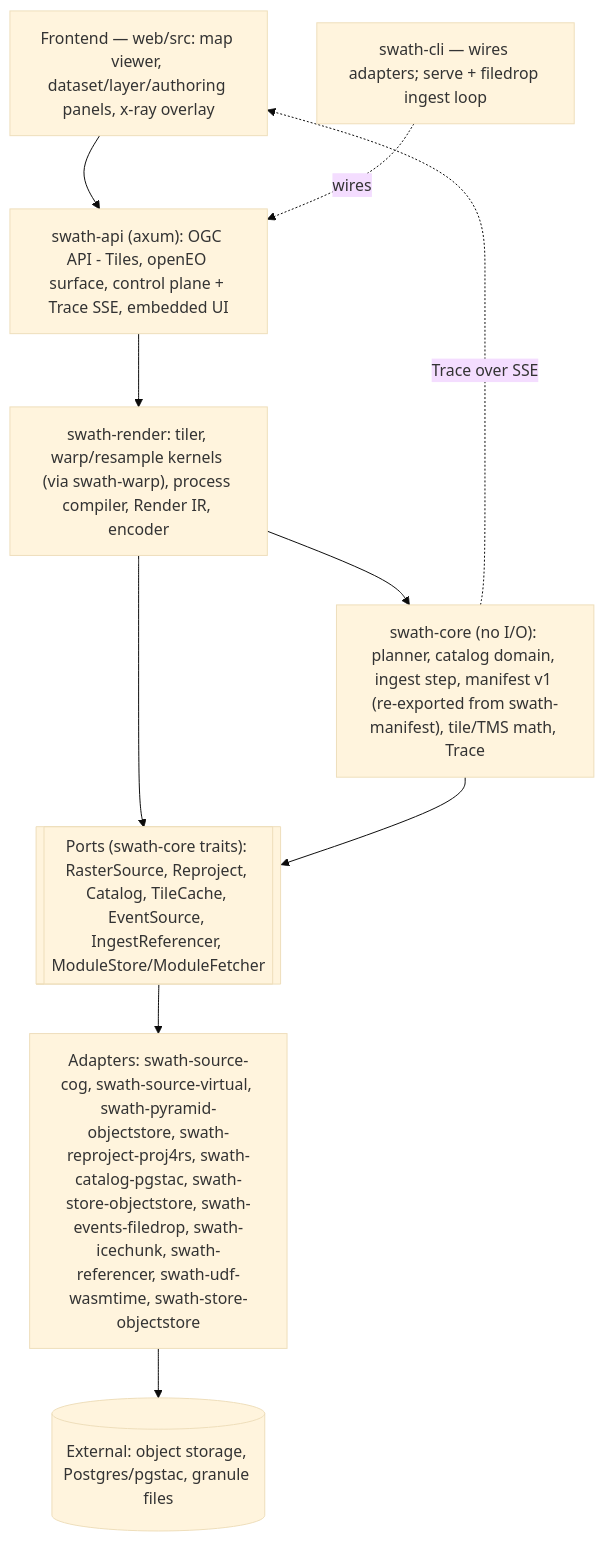
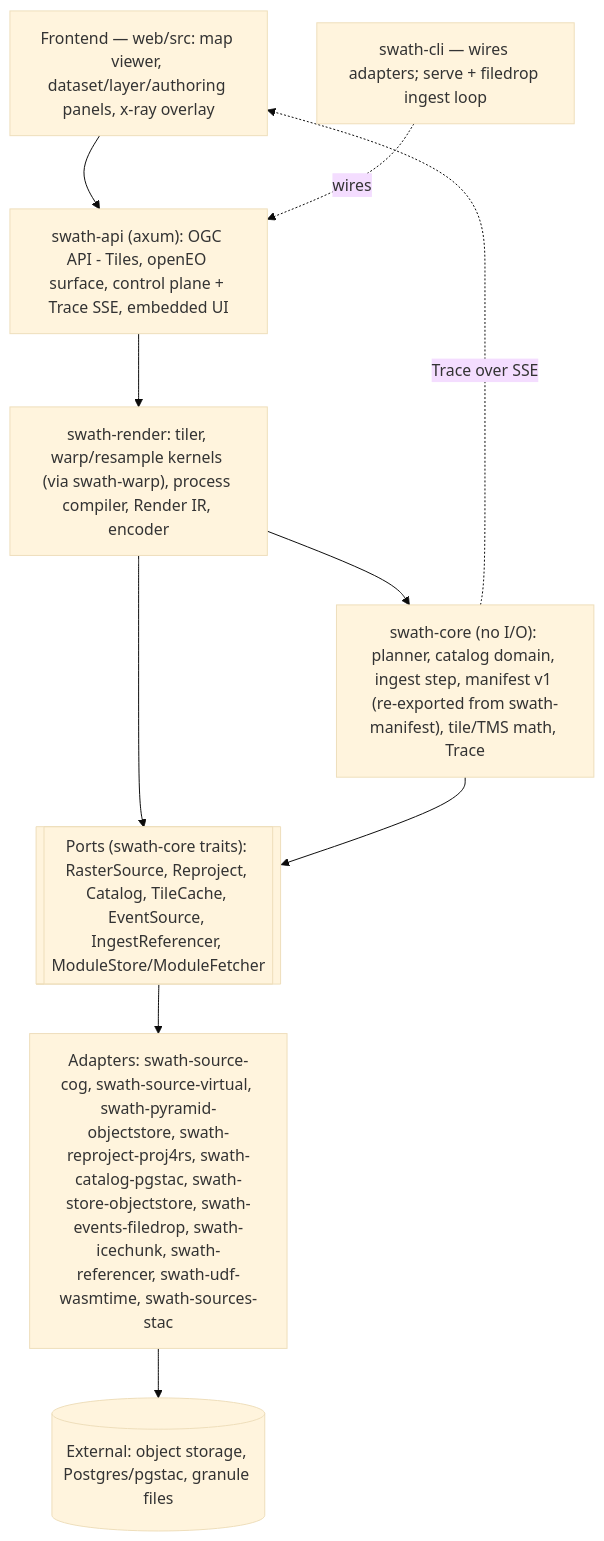
Before and after one commit to forgo/swath: the diagram in docs/ARCHITECTURE.md, drawn with Mermaid (base theme). The commit also changed other lines of this file and 16 other files, not shown here.

First line of the commit message:
feat(sources): a server-side STAC client behind an egress allowlist (#490)

````diff
--- a/docs/ARCHITECTURE.md
+++ b/docs/ARCHITECTURE.md
@@ -44,17 +44,17 @@
 ```mermaid
 flowchart TB
   FE["Frontend — web/src: map viewer, dataset/layer/authoring panels, x-ray overlay"]
   IN["swath-api (axum): OGC API - Tiles, openEO surface, control plane + Trace SSE, embedded UI"]
   RENDER["swath-render: tiler, warp/resample kernels (via swath-warp), process compiler, Render IR, encoder"]
   CORE["swath-core (no I/O): planner, catalog domain, ingest step, manifest v1 (re-exported from swath-manifest), tile/TMS math, Trace"]
   PORTS[["Ports (swath-core traits): RasterSource, Reproject, Catalog, TileCache, EventSource, IngestReferencer, ModuleStore/ModuleFetcher"]]
-  ADS["Adapters: swath-source-cog, swath-source-virtual, swath-pyramid-objectstore, swath-reproject-proj4rs, swath-catalog-pgstac, swath-store-objectstore, swath-events-filedrop, swath-icechunk, swath-referencer, swath-udf-wasmtime, swath-store-objectstore"]
+  ADS["Adapters: swath-source-cog, swath-source-virtual, swath-pyramid-objectstore, swath-reproject-proj4rs, swath-catalog-pgstac, swath-store-objectstore, swath-events-filedrop, swath-icechunk, swath-referencer, swath-udf-wasmtime, swath-sources-stac"]
   EXT[("External: object storage, Postgres/pgstac, granule files")]
   CLI["swath-cli — wires adapters; serve + filedrop ingest loop"]
 
   FE --> IN --> RENDER --> CORE
   RENDER --> PORTS
   CORE --> PORTS --> ADS --> EXT
   CLI -. wires .-> IN
   CORE -. Trace over SSE .-> FE
 ```
````
